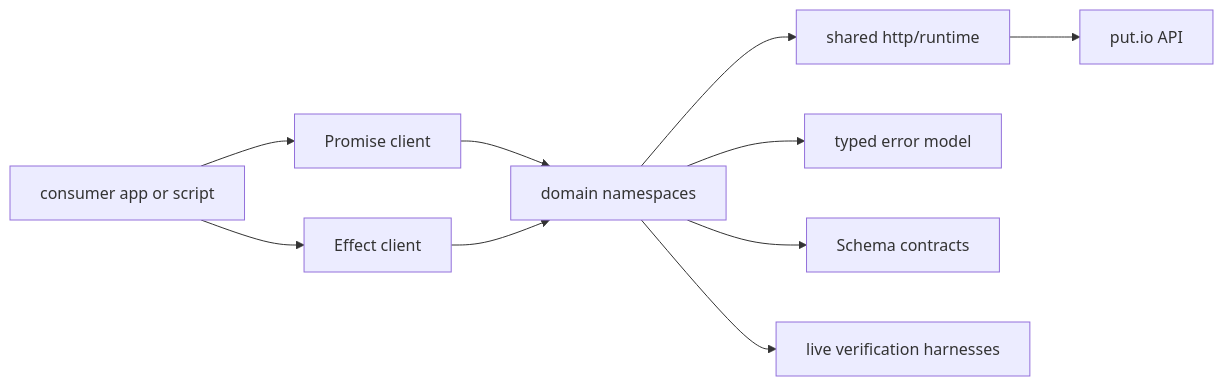
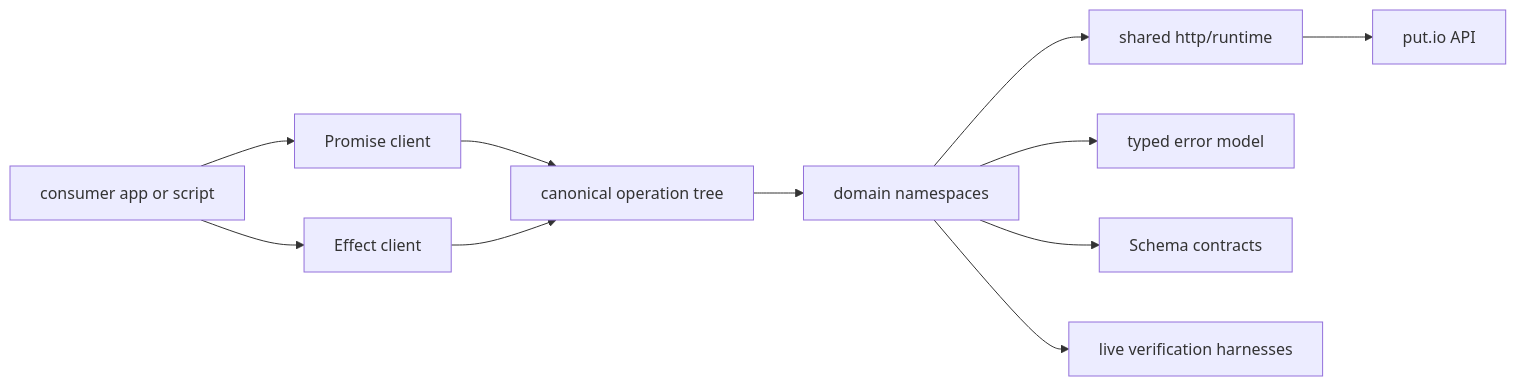
The first of 2 diagrams in docs/ARCHITECTURE.md (putdotio/putio-sdk-typescript), drawn with Mermaid before and after one commit. The commit also changed other lines of this file and 4 other files, not shown here.

Commit message:
refactor(client): derive clients from one operation tree (#165)

````diff
--- a/docs/ARCHITECTURE.md
+++ b/docs/ARCHITECTURE.md
@@ -9,12 +9,13 @@
 ```mermaid
 graph LR
   Consumer["consumer app or script"] --> Promise["Promise client"]
   Consumer --> EffectClient["Effect client"]
-  Promise --> Domains["domain namespaces"]
-  EffectClient --> Domains
+  Promise --> Operations["canonical operation tree"]
+  EffectClient --> Operations
+  Operations --> Domains["domain namespaces"]
   Domains --> Http["shared http/runtime"]
   Domains --> Errors["typed error model"]
   Domains --> Schemas["Schema contracts"]
   Http --> API["put.io API"]
   Domains --> Live["live verification harnesses"]
 ```
````
